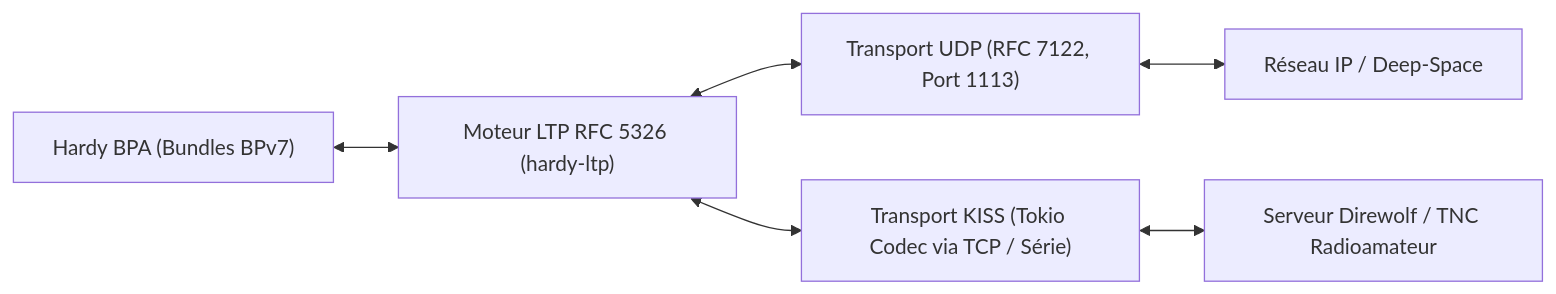
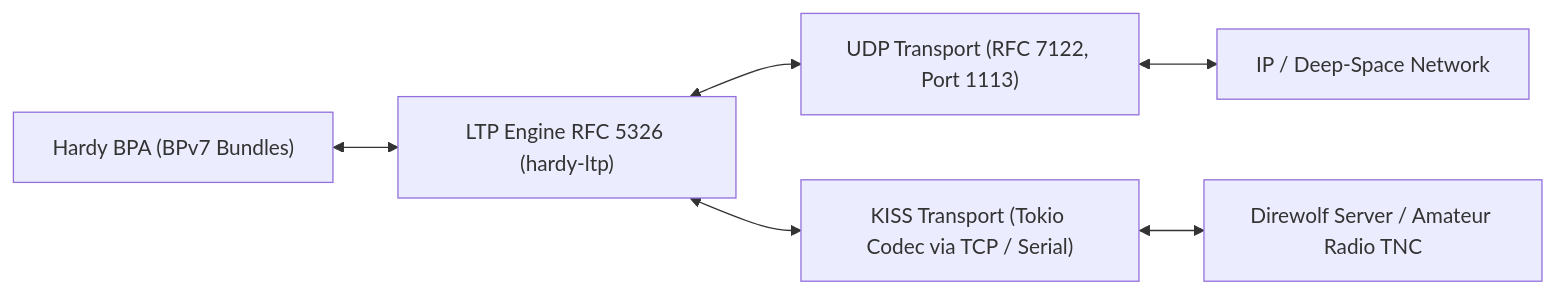
The first of 2 diagrams in docs/LTP-CLA.md (DTN-Postmaster/dtnpm), drawn with Mermaid before and after one commit. The commit also changed other lines of this file and 13 other files, not shown here.

````diff
--- a/docs/LTP-CLA.md
+++ b/docs/LTP-CLA.md
@@ -108,8 +108,8 @@
 ```mermaid
 flowchart LR
-    HardyBPA["Hardy BPA (Bundles BPv7)"] <--> LTP["Moteur LTP RFC 5326 (hardy-ltp)"]
-    LTP <--> UDP["Transport UDP (RFC 7122, Port 1113)"]
-    LTP <--> KISS["Transport KISS (Tokio Codec via TCP / Série)"]
-    UDP <--> NetIP["Réseau IP / Deep-Space"]
-    KISS <--> TNC["Serveur Direwolf / TNC Radioamateur"]
+    HardyBPA["Hardy BPA (BPv7 Bundles)"] <--> LTP["LTP Engine RFC 5326 (hardy-ltp)"]
+    LTP <--> UDP["UDP Transport (RFC 7122, Port 1113)"]
+    LTP <--> KISS["KISS Transport (Tokio Codec via TCP / Serial)"]
+    UDP <--> NetIP["IP / Deep-Space Network"]
+    KISS <--> TNC["Direwolf Server / Amateur Radio TNC"]
 ```
````
